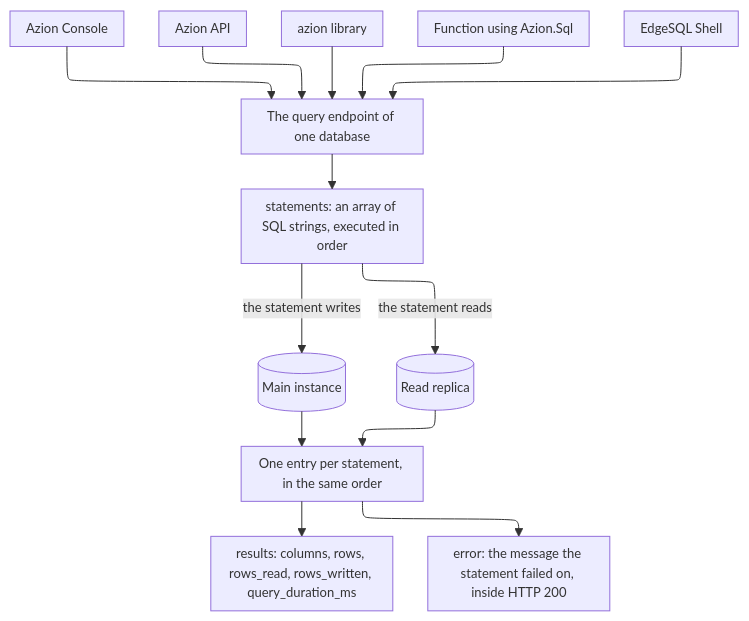
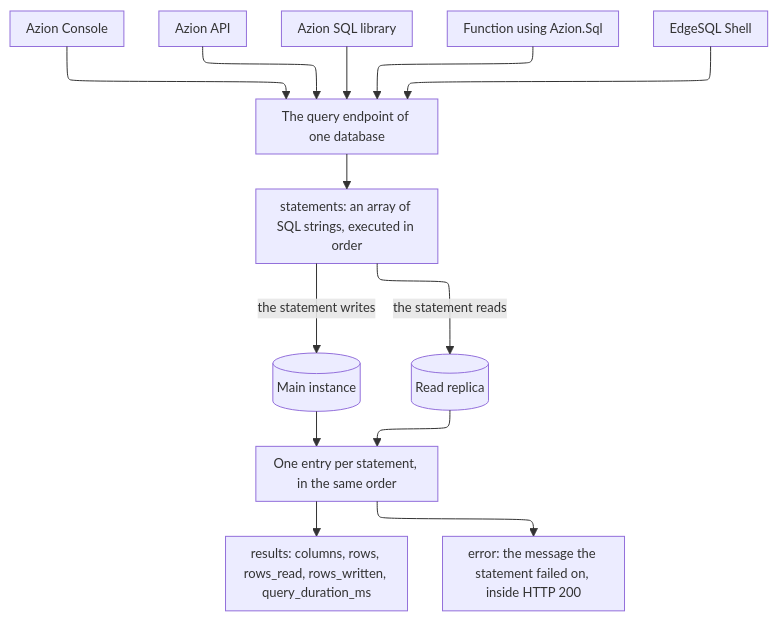
Before and after one commit to aziontech/docs: the diagram in apps/docs/src/content/docs/en/pages/store/sql-database/how-it-works.mdx, drawn with Mermaid. The commit also changed 19 other files, not shown here.

````diff
--- a/apps/docs/src/content/docs/en/pages/store/sql-database/how-it-works.mdx
+++ b/apps/docs/src/content/docs/en/pages/store/sql-database/how-it-works.mdx
@@ -55,16 +55,16 @@
 ```mermaid
 %%{init: {"layout": "elk", "themeVariables": {"fontSize": "13px"}, "flowchart": {"nodeSpacing": 24, "rankSpacing": 36, "padding": 8, "wrappingWidth": 150, "useMaxWidth": true}, "sequence": {"width": 120, "actorMargin": 30, "useMaxWidth": true}}}%%
 flowchart TD
   Console["Azion Console"] --> Endpoint["The query endpoint of one database"]
   Api["Azion API"] --> Endpoint
-  Library["azion library"] --> Endpoint
+  Library["Azion SQL library"] --> Endpoint
   FunctionCaller["Function using Azion.Sql"] --> Endpoint
   Shell["EdgeSQL Shell"] --> Endpoint
   Endpoint --> Statements["statements: an array of SQL strings, executed in order"]
   Statements -->|"the statement writes"| Main[("Main instance")]
   Statements -->|"the statement reads"| Replica[("Read replica")]
   Main --> Entry["One entry per statement, in the same order"]
   Replica --> Entry
   Entry --> Results["results: columns, rows, rows_read, rows_written, query_duration_ms"]
   Entry --> Error["error: the message the statement failed on, inside HTTP 200"]
 ```
````
